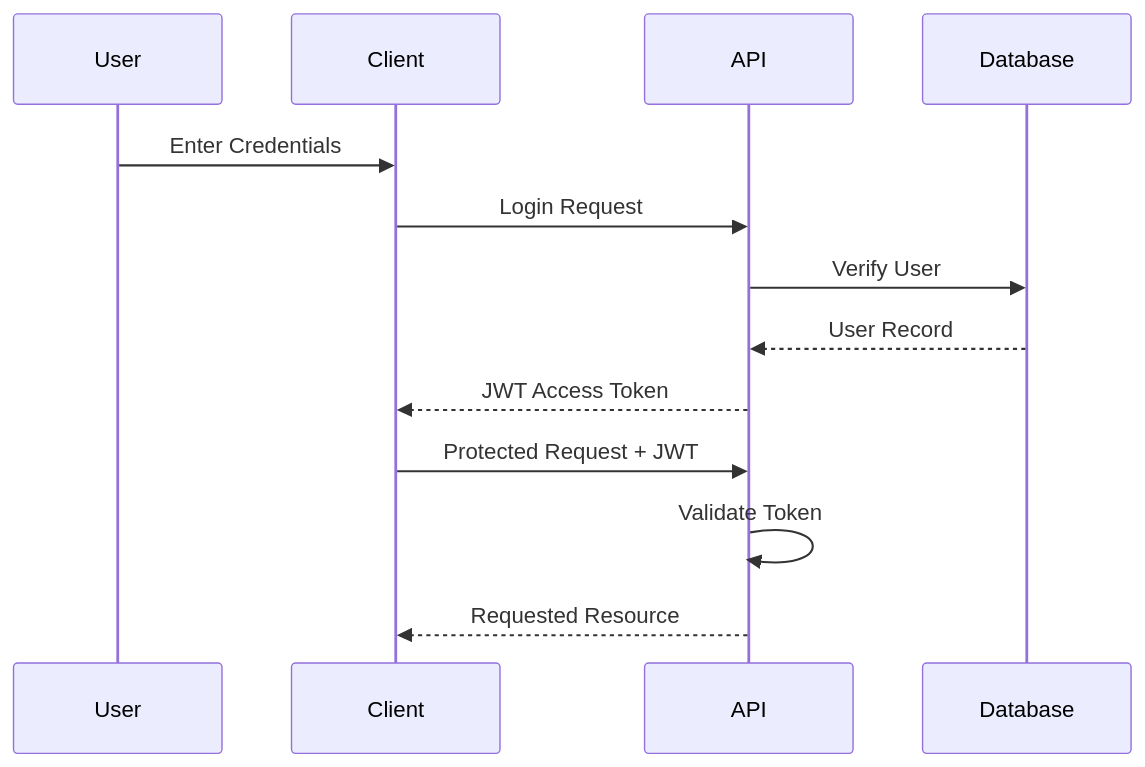
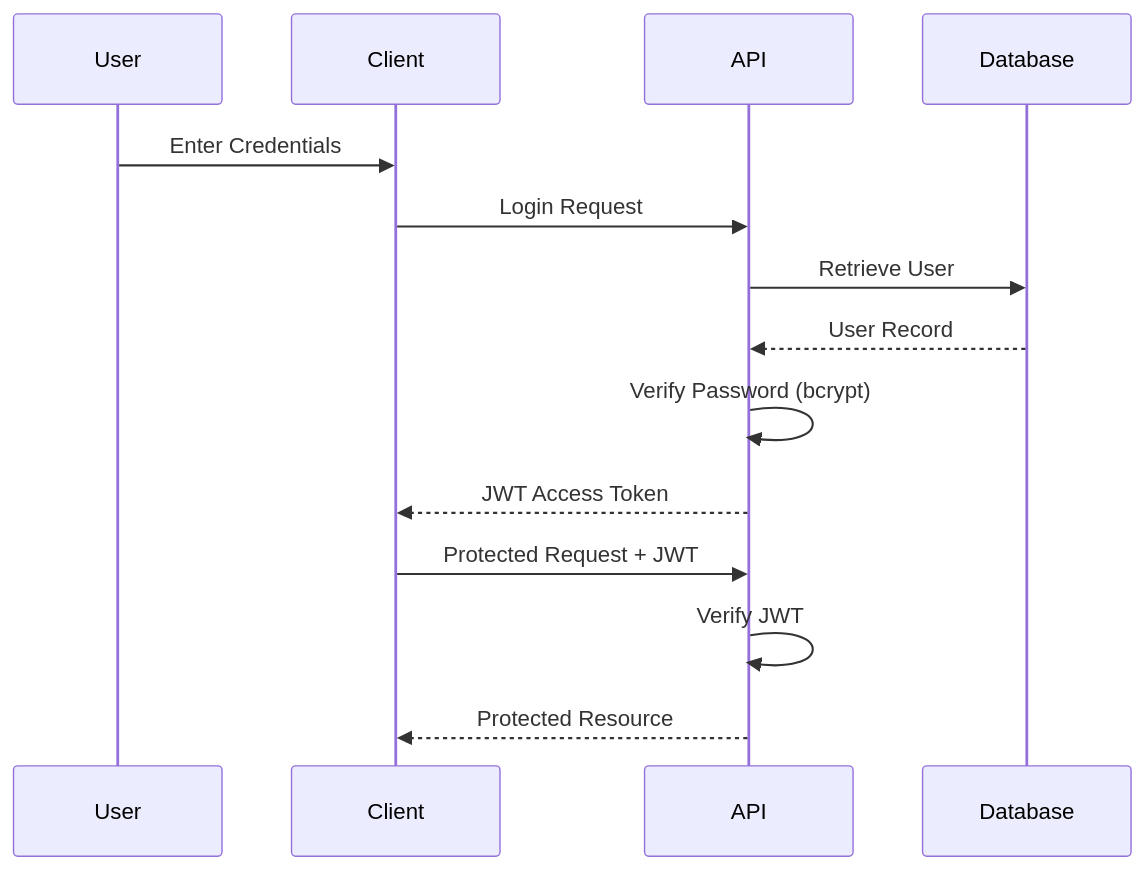
One commit to Hitakshu-Goswami/CreditMiners changed the sixth of 9 diagrams in README.md. Above: the diagram before and after it, drawn with Mermaid. The commit also changed other lines of this file, not shown here.

````diff
--- a/README.md
+++ b/README.md
@@ -2102,24 +3302,26 @@
 ```mermaid
 sequenceDiagram
 
-    participant User
-    participant Client
-    participant API
-    participant Database
+participant User
+participant Client
+participant API
+participant Database
 
-    User->>Client: Enter Credentials
+User->>Client: Enter Credentials
 
-    Client->>API: Login Request
+Client->>API: Login Request
 
-    API->>Database: Verify User
+API->>Database: Retrieve User
 
-    Database-->>API: User Record
+Database-->>API: User Record
 
-    API-->>Client: JWT Access Token
+API->>API: Verify Password (bcrypt)
 
-    Client->>API: Protected Request + JWT
+API-->>Client: JWT Access Token
 
-    API->>API: Validate Token
+Client->>API: Protected Request + JWT
 
-    API-->>Client: Requested Resource
+API->>API: Verify JWT
+
+API-->>Client: Protected Resource
 ```
````
